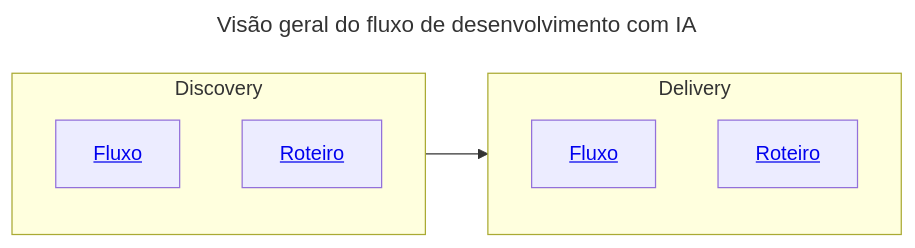
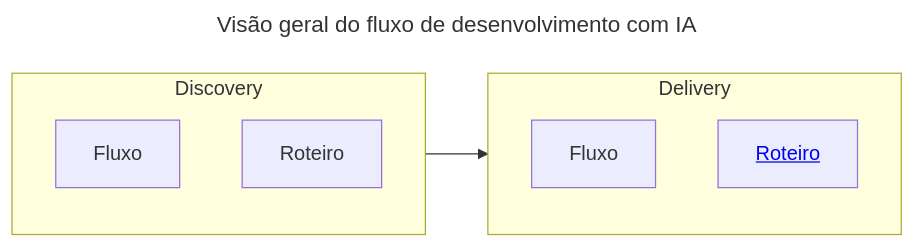
Before and after one commit to valuedriven/sewai: the diagram in docs/fluxo/fluxo_geral.md, drawn with Mermaid.

Commit message:
fix: links roteiros

````diff
--- a/docs/fluxo/fluxo_geral.md
+++ b/docs/fluxo/fluxo_geral.md
@@ -3,19 +3,24 @@
 ```mermaid
 ---
 title: Visão geral do fluxo de desenvolvimento com IA
 ---
 graph LR 
 
 subgraph Discovery
-    A[<a href='./docs/fluxo/fluxo_discovery.md'>Fluxo</a>]
-    B[<a href='./roteiro_discovery.md'>Roteiro</a>]
+    A[Fluxo]
+    B[Roteiro]
 end
 
 subgraph Delivery
-    C[<a href='./fluxo_delivery.md'>Fluxo</a>]
+    C[Fluxo]
     D[<a href='./roteiro_delivery.md'>Roteiro</a>]
 end
 
 Discovery --> Delivery
 
+click A "[./fluxo_discovery.md](https://github.com/valuedriven/sewai/blob/main/docs/fluxo/fluxo_discovery.md)"
+click B "./roteiro_discovery.md"
+click C "./fluxo_delivery.md"
+click D "./roteiro_delivery.md"
+
 ```
````
